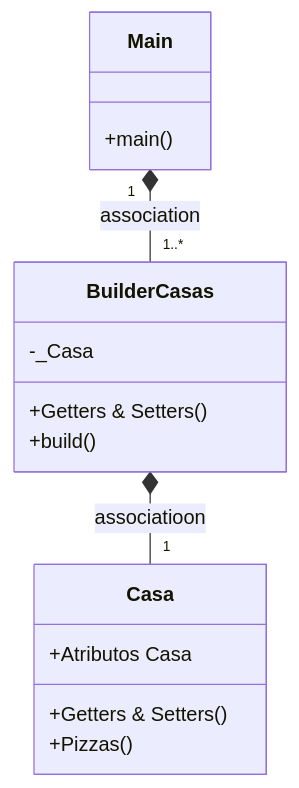
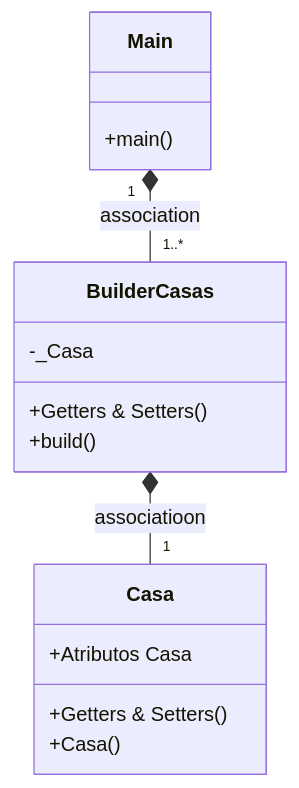
Before and after one commit to RubenDanielCastelao/BuilderCOD: the second of 2 diagrams in README.md, drawn with Mermaid.

Commit message:
Corregidos pequeños fallos README

````diff
--- a/README.md
+++ b/README.md
@@ -67,21 +67,21 @@
 ```mermaid
     classDiagram
       Main "1" *-- "1..*" BuilderCasas : association
       class Main{
           +main()
       }
       class BuilderCasas{
           -_Casa
           +Getters & Setters()
           +build()
       }
       
       BuilderCasas *-- "1" Casa : associatioon
       class Casa{
         +Atributos Casa
         +Getters & Setters()
-        +Pizzas()
+        +Casa()
       }
       
 
 ```
````
